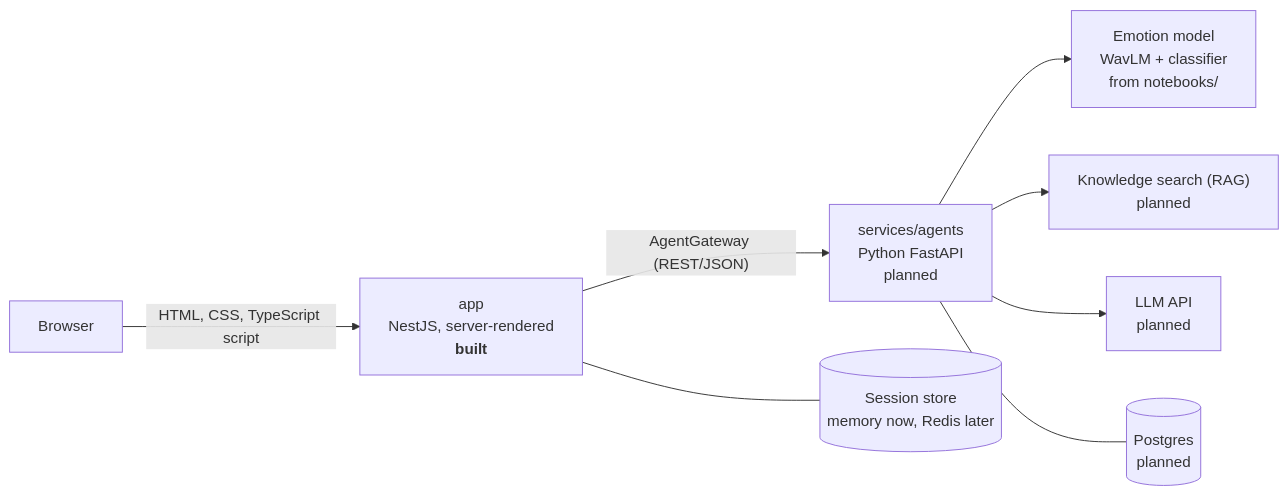
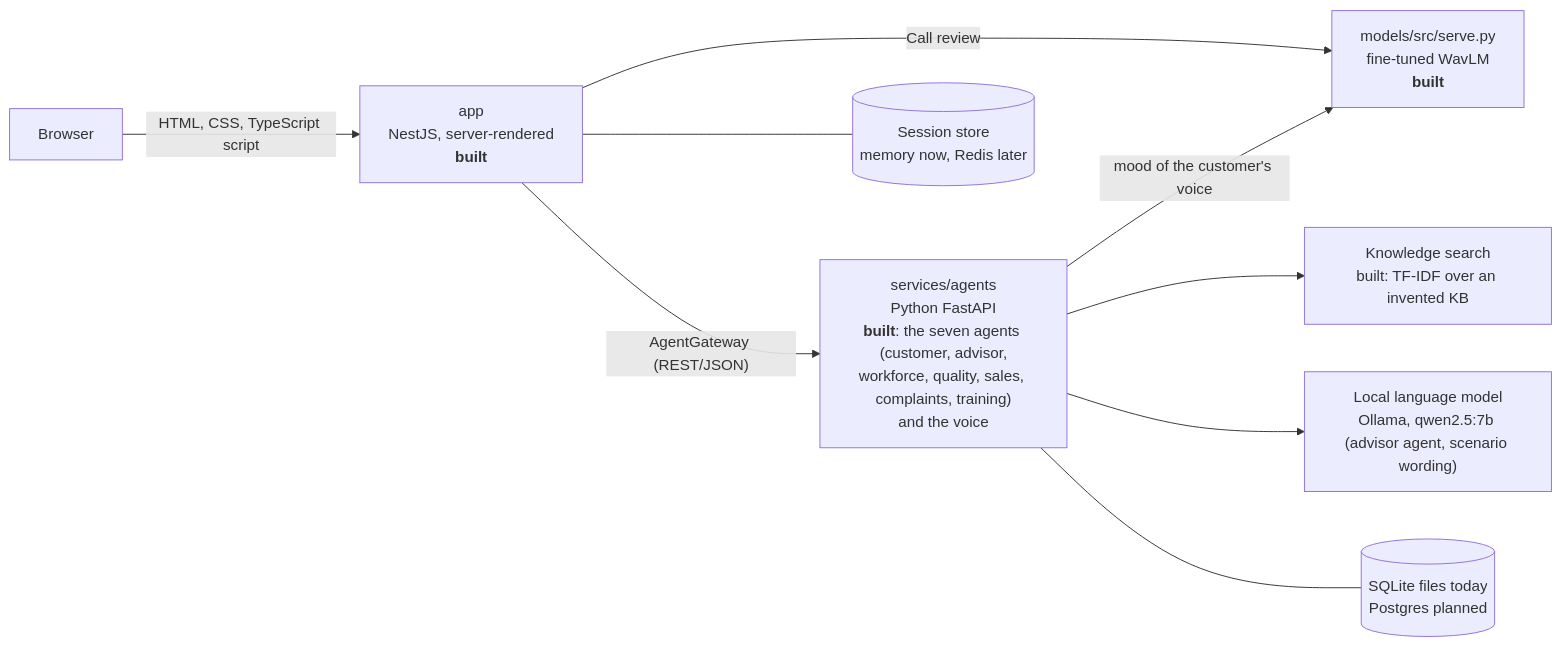
One commit to boufadenghassen/callverse-app changed the diagram in ARCHITECTURE.md. Above: the diagram before and after it, drawn with Mermaid. The commit also changed other lines of this file and 161 other files, not shown here.

````diff
--- a/ARCHITECTURE.md
+++ b/ARCHITECTURE.md
@@ -7,10 +8,11 @@
 ```mermaid
 flowchart LR
   B[Browser] -->|HTML, CSS, TypeScript script| W["app<br/>NestJS, server-rendered<br/><b>built</b>"]
-  W -->|"AgentGateway (REST/JSON)"| A["services/agents<br/>Python FastAPI<br/>planned"]
-  A --> E["Emotion model<br/>WavLM + classifier<br/>from notebooks/"]
-  A --> R["Knowledge search (RAG)<br/>planned"]
-  A --> L["LLM API<br/>planned"]
+  W -->|"AgentGateway (REST/JSON)"| A["services/agents<br/>Python FastAPI<br/><b>built</b>: the seven agents (customer, advisor,<br/>workforce, quality, sales, complaints, training)<br/>and the voice"]
+  W -->|"Call review"| E["models/src/serve.py<br/>fine-tuned WavLM<br/><b>built</b>"]
+  A -->|"mood of the customer's voice"| E
+  A --> R["Knowledge search<br/>built: TF-IDF over an invented KB"]
+  A --> L["Local language model<br/>Ollama, qwen2.5:7b (advisor agent, scenario wording)"]
   W --- S[("Session store<br/>memory now, Redis later")]
-  A --- D[("Postgres<br/>planned")]
+  A --- D[("SQLite files today<br/>Postgres planned")]
 ```
````
